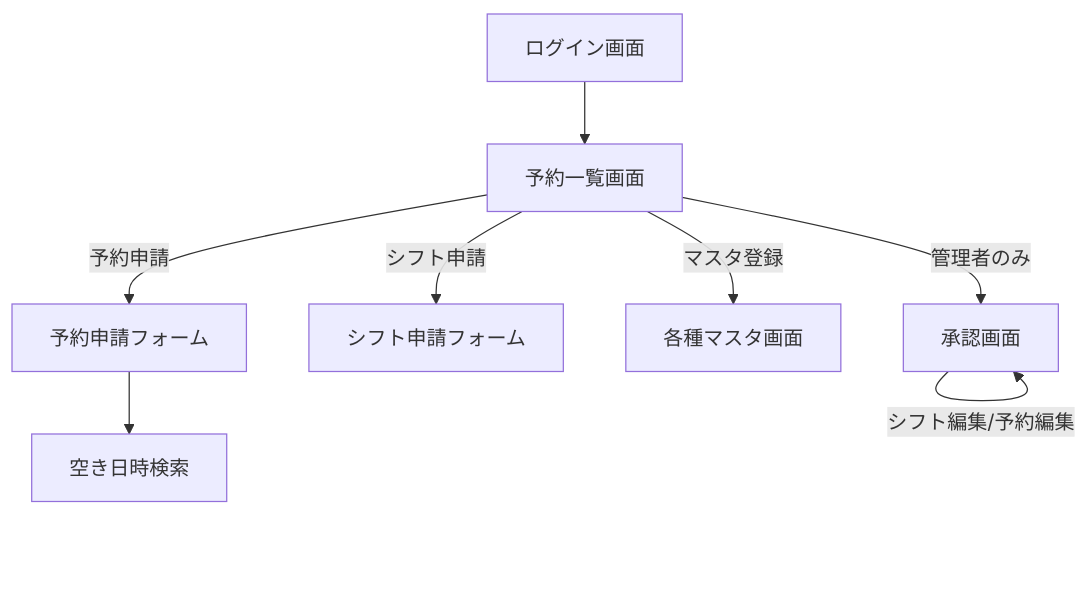
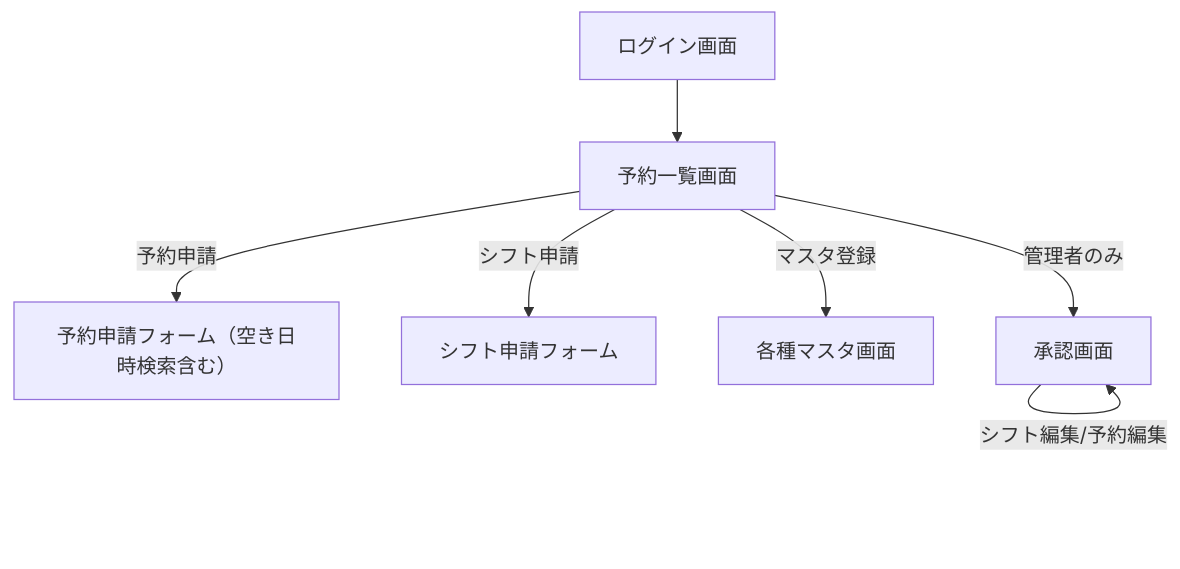
One commit to pluslub/helpstation changed the diagram in docs/基本設計書.md. Above: the diagram before and after it, drawn with Mermaid. The commit also changed other lines of this file and 1 other file, not shown here.

````diff
--- a/docs/基本設計書.md
+++ b/docs/基本設計書.md
@@ -33,10 +34,9 @@
 ```mermaid
 flowchart TD
     Login[ログイン画面] --> Top[予約一覧画面]
-    Top -->|予約申請| ReservationForm[予約申請フォーム]
+    Top -->|予約申請| ReservationForm[予約申請フォーム（空き日時検索含む）]
     Top -->|シフト申請| ShiftForm[シフト申請フォーム]
     Top -->|マスタ登録| Master[各種マスタ画面]
     Top -->|管理者のみ| Approval[承認画面]
-    ReservationForm --> SearchSlot[空き日時検索]
     Approval -->|シフト編集/予約編集| Approval
 ```
````
